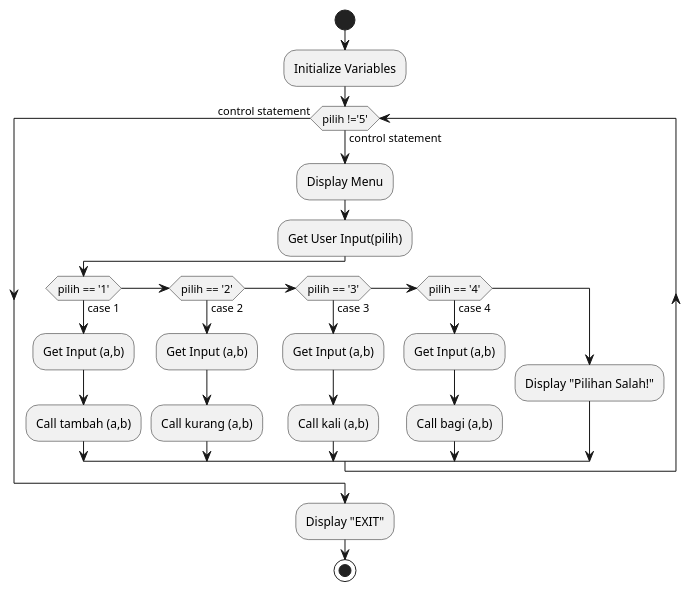
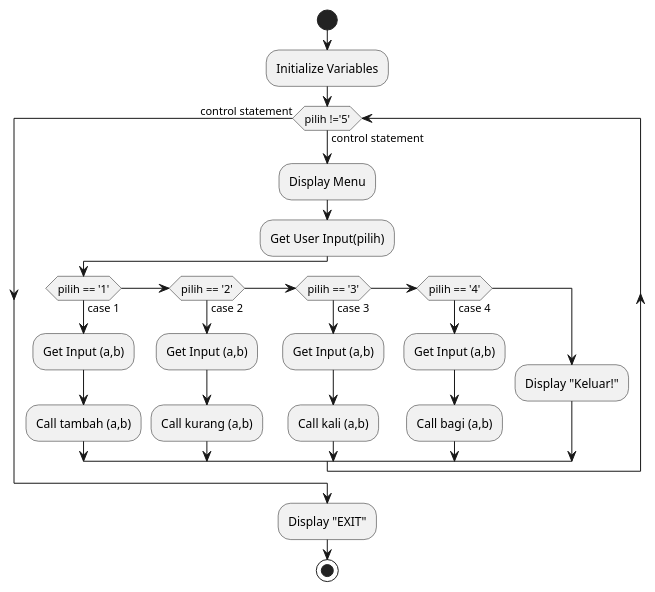
The diagram in pert5/pert5.puml (sitiimnwrh/Bahasa-Pemprograman), drawn with PlantUML before and after one commit. The commit also changed 31 other files, not shown here.

```diff
--- a/pert5/pert5.puml
+++ b/pert5/pert5.puml
@@ -1,26 +1,26 @@
 @startuml pert5
 start
 :Initialize Variables;
 while (pilih !='5') is (control statement)
         :Display Menu;
         :Get User Input(pilih);
         if (pilih == '1') then (case 1)
                 :Get Input (a,b);
                 :Call tambah (a,b);
         else if (pilih == '2') then (case 2)
                 :Get Input (a,b);
                 :Call kurang (a,b);
         else if (pilih == '3') then (case 3)
                 :Get Input (a,b);
                 :Call kali (a,b);
         else if (pilih == '4') then (case 4)
                 :Get Input (a,b);
                 :Call bagi (a,b);
         else
-                :Display "Pilihan Salah!";
+                :Display "Keluar!";
         endif
 endwhile (control statement)
 :Display "EXIT";
 stop
 
 @enduml
```
